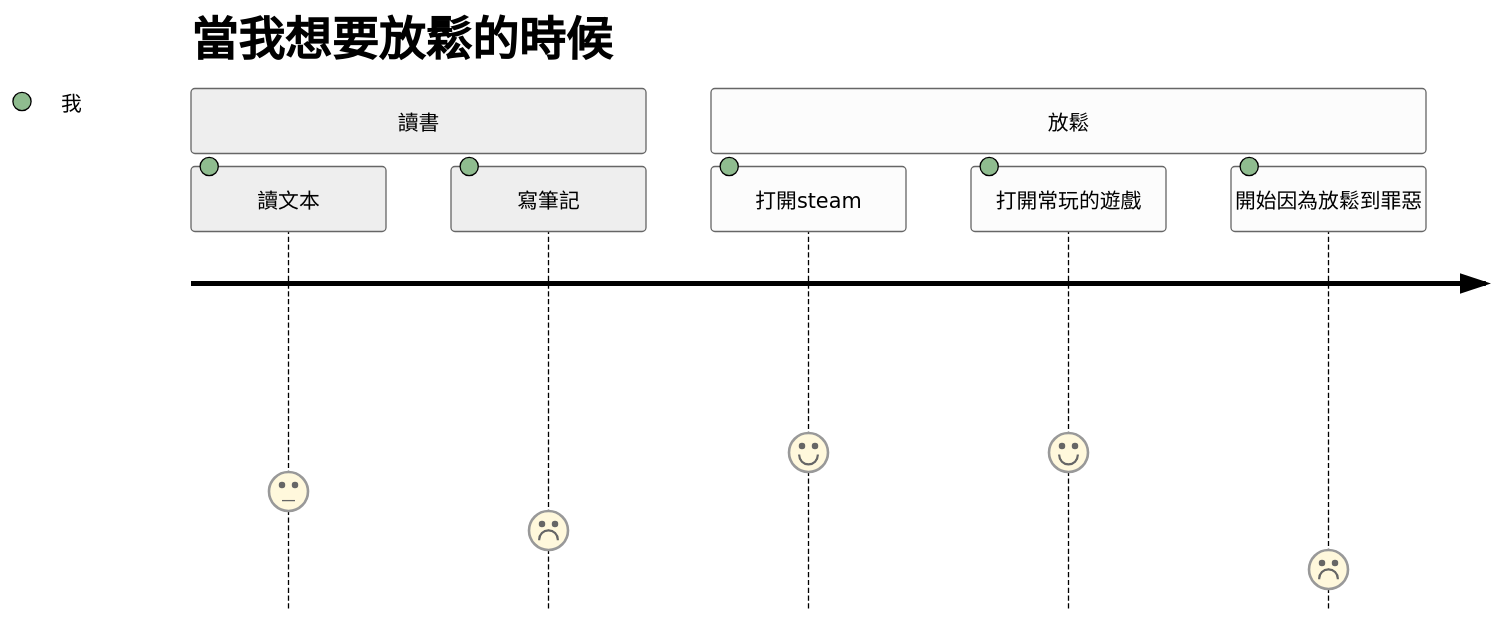
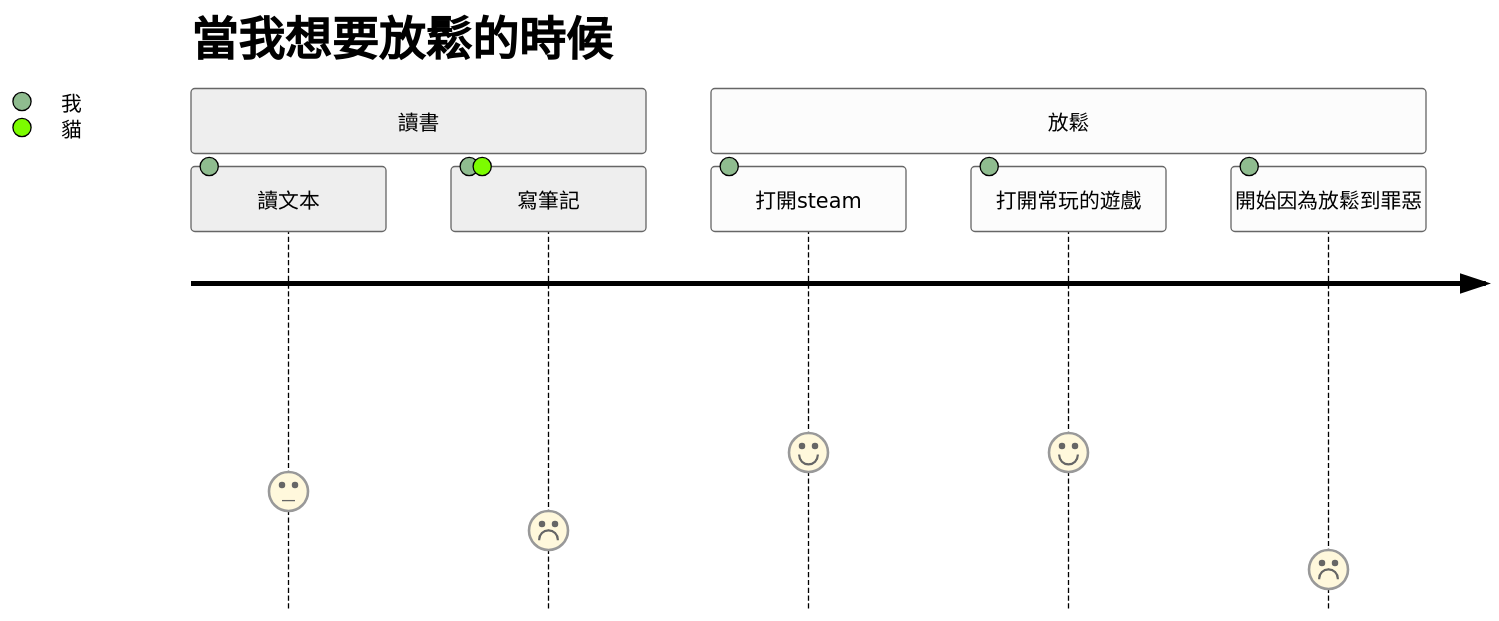
One commit to kuku0508/kuku_note_ver_2 changed the second of 3 diagrams in 知識/程式語言/Mermaid/語法/使用者旅程/使用者旅程.md. Above: the diagram before and after it, drawn with Mermaid (neutral theme). The commit also changed other lines of this file and 1 other file, not shown here.

````diff
--- a/知識/程式語言/Mermaid/語法/使用者旅程/使用者旅程.md
+++ b/知識/程式語言/Mermaid/語法/使用者旅程/使用者旅程.md
@@ -18,11 +18,11 @@
 ```Mermaid
 journey
 	title 當我想要放鬆的時候
 	section 讀書
 		讀文本: 3: 我
-		寫筆記: 2: 我
+		寫筆記: 2: 我,貓
 	section 放鬆
 		打開steam: 4: 我
 		打開常玩的遊戲: 4: 我
 		開始因為放鬆到罪惡: 1: 我	
 ```
````
